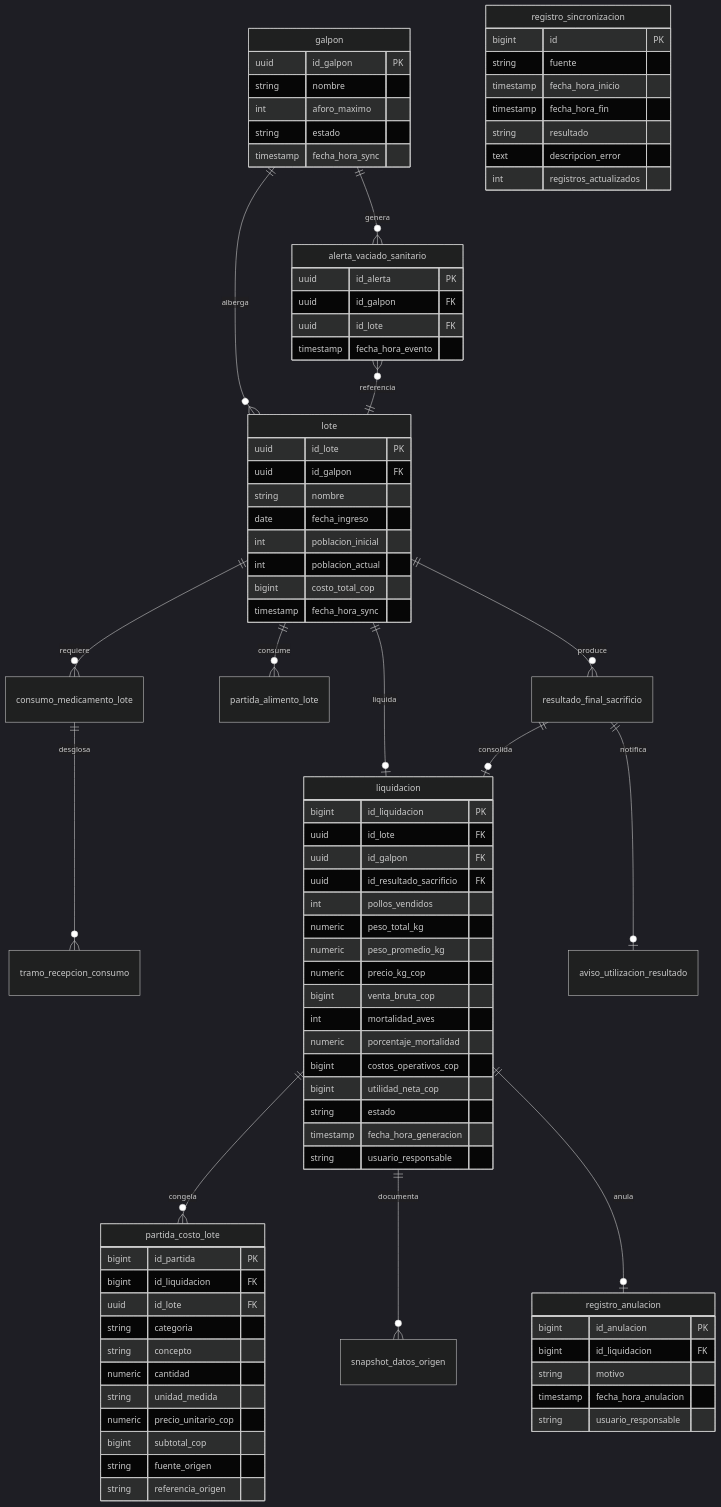
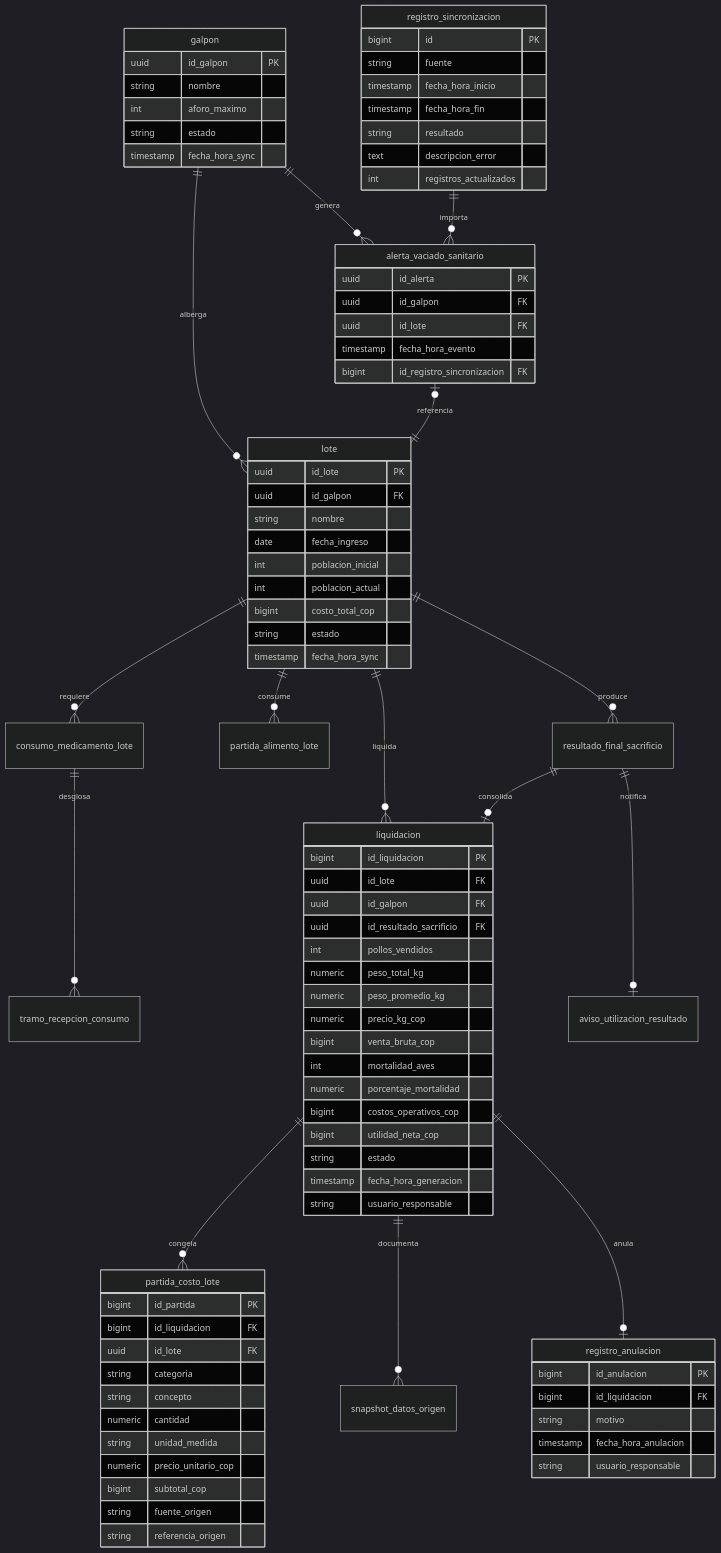
One commit to AndresLFDev/IS_Avicontrol-Modulo_03 changed the diagram in docs/arquitectura/general.md. Above: the diagram before and after it, drawn with Mermaid (dark theme). The commit also changed other lines of this file and 3 other files, not shown here.

First line of the commit message:
docs(diseno): agrega estado al lote y vincula la alerta de vaciado con su sincronización (#8)

```diff
--- a/docs/arquitectura/general.md
+++ b/docs/arquitectura/general.md
@@ -132,13 +132,14 @@
 erDiagram
     galpon ||--o{ lote : alberga
     galpon ||--o{ alerta_vaciado_sanitario : genera
-    alerta_vaciado_sanitario }o--|| lote : referencia
+    alerta_vaciado_sanitario |o--|| lote : referencia
+    registro_sincronizacion ||--o{ alerta_vaciado_sanitario : importa
     lote ||--o{ resultado_final_sacrificio : produce
     lote ||--o{ partida_alimento_lote : consume
     lote ||--o{ consumo_medicamento_lote : requiere
     consumo_medicamento_lote ||--o{ tramo_recepcion_consumo : desglosa
 
-    lote ||--o| liquidacion : liquida
+    lote ||--o{ liquidacion : liquida
     resultado_final_sacrificio ||--o| liquidacion : consolida
     liquidacion ||--o{ partida_costo_lote : congela
     liquidacion ||--o{ snapshot_datos_origen : documenta
@@ -161,6 +162,7 @@
         int poblacion_inicial
         int poblacion_actual
         bigint costo_total_cop
+        string estado
         timestamp fecha_hora_sync
     }
 
@@ -169,6 +171,7 @@
         uuid id_galpon FK
         uuid id_lote FK
         timestamp fecha_hora_evento
+        bigint id_registro_sincronizacion FK
     }
 
     liquidacion {
```
